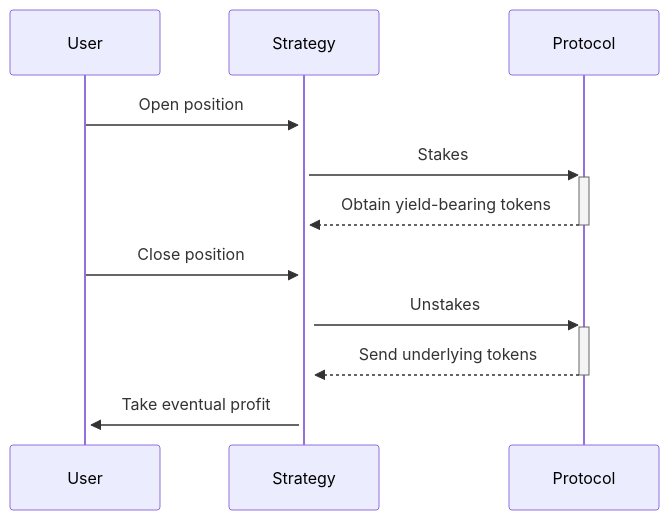
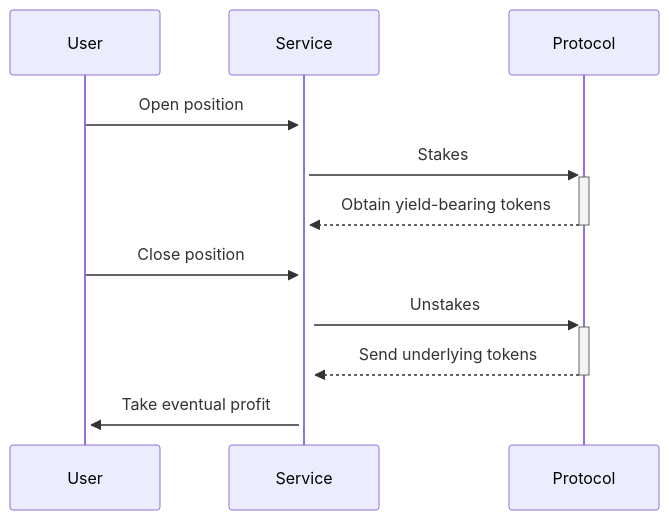
Before and after one commit to Ithil-protocol/docs: the diagram in docs/services/leveraged-staking.md, drawn with Mermaid. The commit also changed other lines of this file and 18 other files, not shown here.

````diff
--- a/docs/services/leveraged-staking.md
+++ b/docs/services/leveraged-staking.md
@@ -12,10 +12,10 @@
 ```mermaid
 sequenceDiagram
-    User->>+Strategy: Open position
-    Strategy->>+Protocol: Stakes
-    Protocol-->>-Strategy: Obtain yield-bearing tokens
-    User->>+Strategy: Close position
-    Strategy->>+Protocol: Unstakes
-    Protocol-->>-Strategy: Send underlying tokens
-    Strategy->>+User: Take eventual profit
+    User->>+Service: Open position
+    Service->>+Protocol: Stakes
+    Protocol-->>-Service: Obtain yield-bearing tokens
+    User->>+Service: Close position
+    Service->>+Protocol: Unstakes
+    Protocol-->>-Service: Send underlying tokens
+    Service->>+User: Take eventual profit
 ```
````
